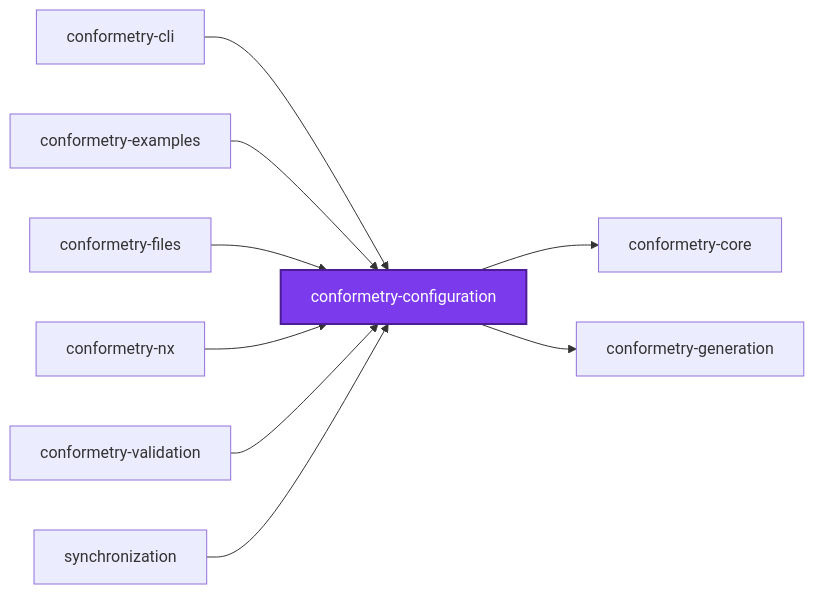
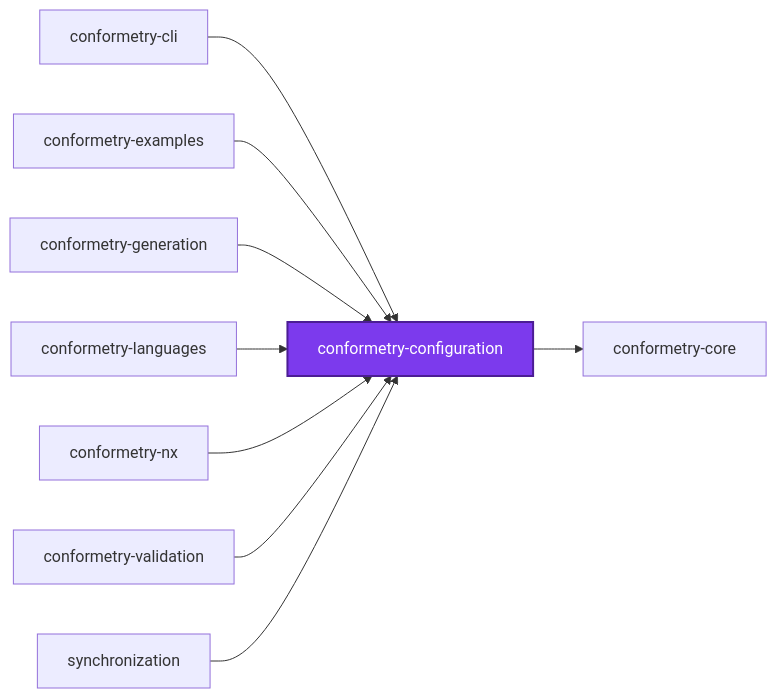
Before and after one commit to JimmyPaolini/codebase: the first of 3 diagrams in packages/ic-suite/conformetry/conformetry-configuration/README.md, drawn with Mermaid. The commit also changed other lines of this file and 164 other files, not shown here.

Commit message:
refactor(conformetry,configuration): ♻️ put conformetry on the ic-suite five-layer spine

````diff
--- a/packages/ic-suite/conformetry/conformetry-configuration/README.md
+++ b/packages/ic-suite/conformetry/conformetry-configuration/README.md
@@ -457,22 +462,22 @@
 ```mermaid
 graph LR
   conformetry_cli["conformetry-cli"]
   conformetry_configuration["conformetry-configuration"]
   conformetry_core["conformetry-core"]
   conformetry_examples["conformetry-examples"]
-  conformetry_files["conformetry-files"]
   conformetry_generation["conformetry-generation"]
+  conformetry_languages["conformetry-languages"]
   conformetry_nx["conformetry-nx"]
   conformetry_validation["conformetry-validation"]
   synchronization["synchronization"]
   conformetry_cli --> conformetry_configuration
   conformetry_configuration --> conformetry_core
-  conformetry_configuration --> conformetry_generation
   conformetry_examples --> conformetry_configuration
-  conformetry_files --> conformetry_configuration
+  conformetry_generation --> conformetry_configuration
+  conformetry_languages --> conformetry_configuration
   conformetry_nx --> conformetry_configuration
   conformetry_validation --> conformetry_configuration
   synchronization --> conformetry_configuration
   classDef subject fill:#7c3aed,color:#fff,stroke:#4c1d95,stroke-width:2px
   class conformetry_configuration subject
 ```
````
